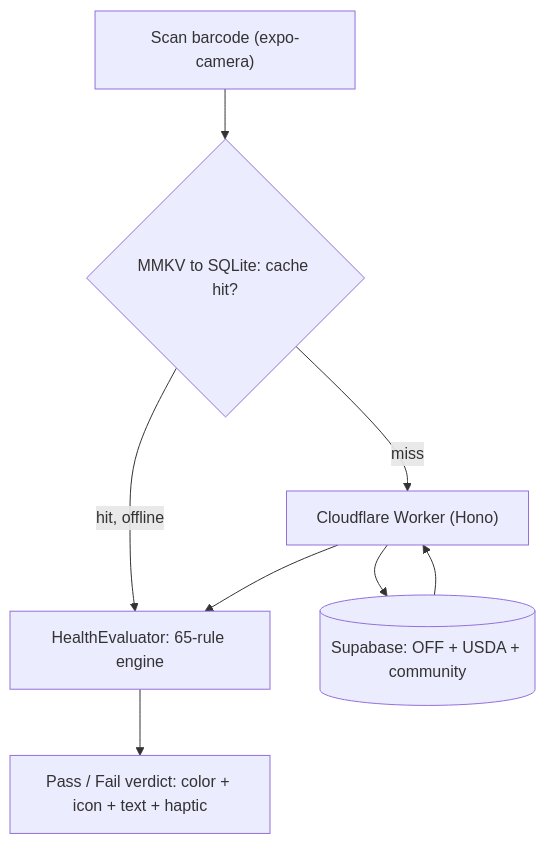
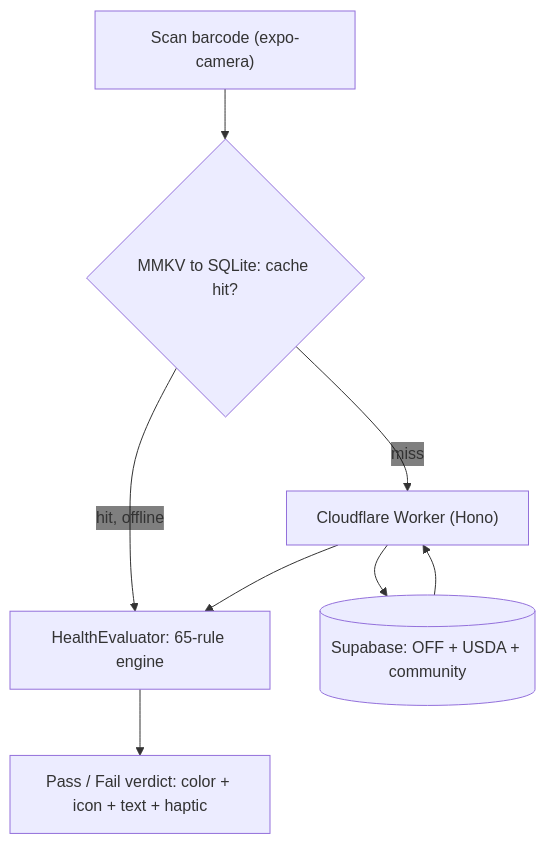
One commit to vkucherko/vkucherko changed the second of 2 diagrams in README.md. Above: the diagram before and after it, drawn with Mermaid. The commit also changed other lines of this file and 12 other files, not shown here.

First line of the commit message:
fix: non-clickable location pill, tighter pill->nav gap, Chia mermaid labels, section-icon vertical nudge

````diff
--- a/README.md
+++ b/README.md
@@ -134,10 +132,11 @@
 ```mermaid
+%%{init: {'themeVariables': {'edgeLabelBackground': 'transparent'}}}%%
 flowchart TD
     Scan["Scan barcode (expo-camera)"] --> Cache{"MMKV to SQLite: cache hit?"}
     Cache -->|hit, offline| Eval["HealthEvaluator: 65-rule engine"]
     Cache -->|miss| Worker["Cloudflare Worker (Hono)"]
     Worker --> DB[("Supabase: OFF + USDA + community")]
     DB --> Worker
     Worker --> Eval
     Eval --> Verdict["Pass / Fail verdict: color + icon + text + haptic"]
 ```
````
